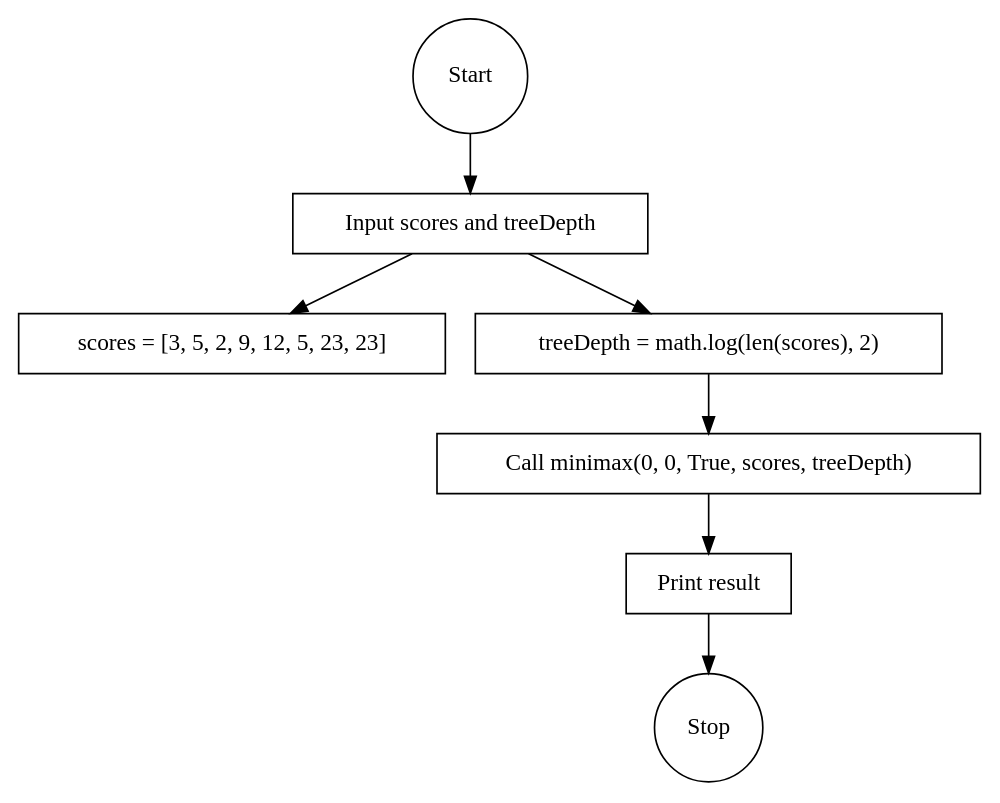
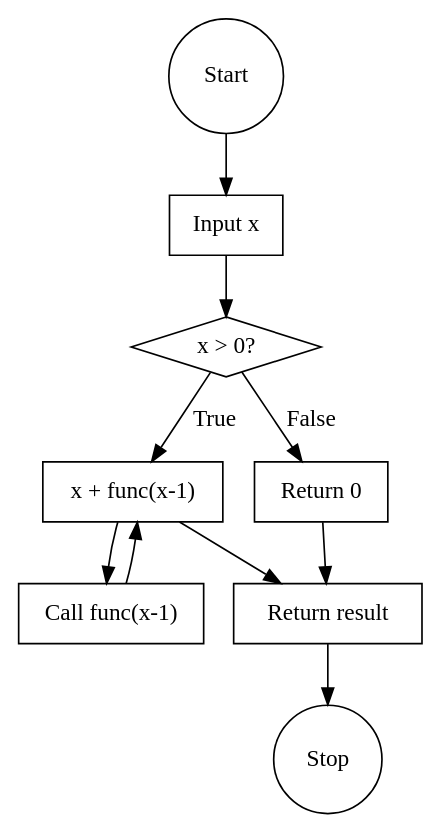
One commit to Saksham1515/AI_Code_Explainer changed the diagram in mygraph.dot. Above: the diagram before and after it, drawn with Graphviz. The commit also changed 4 other files, not shown here.

```diff
--- a/mygraph.dot
+++ b/mygraph.dot
@@ -1,18 +1,22 @@
 digraph G {
-  node [shape=box];
+    node [shape=box];
 
-  start [label="Start", shape=circle];
-  input [label="Input scores and treeDepth", shape=box];
-  init_vars [label="scores = [3, 5, 2, 9, 12, 5, 23, 23]", shape=box];
-  init_vars2 [label="treeDepth = math.log(len(scores), 2)", shape=box];
-  minimax [label="Call minimax(0, 0, True, scores, treeDepth)", shape=box];
-  print [label="Print result", shape=box];
-  stop [label="Stop", shape=circle];
+    start [label="Start", shape=circle];
+    input [label="Input x", shape=box];
+    check_positive [label="x > 0?", shape=diamond];
+    positive_branch [label="x + func(x-1)", shape=box];
+    call_func [label="Call func(x-1)", shape=box];
+    negative_branch [label="Return 0", shape=box];
+    return [label="Return result", shape=box];
+    stop [label="Stop", shape=circle];
 
-  start -> input;
-  input -> init_vars;
-  input -> init_vars2;
-  init_vars2 -> minimax;
-  minimax -> print;
-  print -> stop;
+    start -> input;
+    input -> check_positive;
+    check_positive -> positive_branch [label="True"];
+    check_positive -> negative_branch [label="False"];
+    positive_branch -> call_func;
+    call_func -> positive_branch;
+    positive_branch -> return;
+    negative_branch -> return;
+    return -> stop;
 }
```
